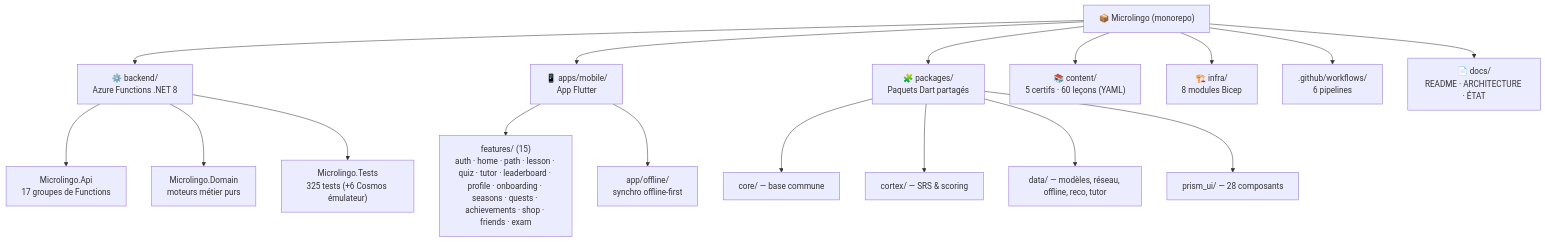
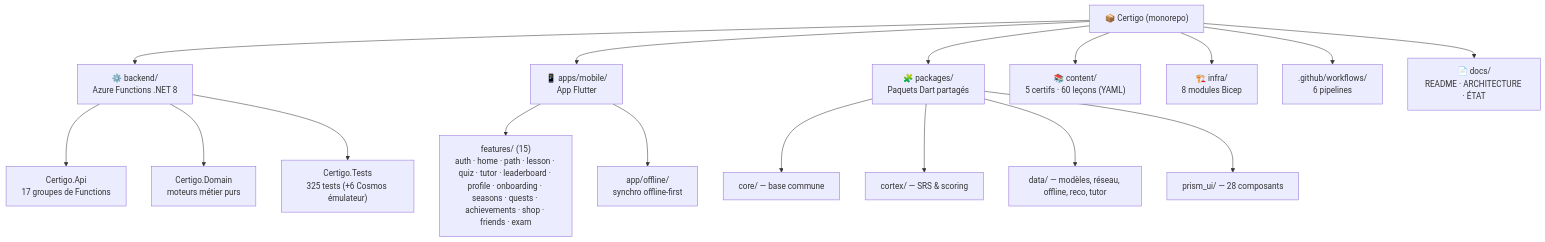
One commit to gaby27072001/certigo changed the first of 5 diagrams in docs/ETAT_DU_PROJET.md. Above: the diagram before and after it, drawn with Mermaid. The commit also changed other lines of this file and 357 other files, not shown here.

Commit message:
Rename Microlingo to Certigo across the repository

````diff
--- a/docs/ETAT_DU_PROJET.md
+++ b/docs/ETAT_DU_PROJET.md
@@ -60,24 +60,24 @@
 ```mermaid
 graph TD
-    ROOT["📦 Microlingo (monorepo)"]
+    ROOT["📦 Certigo (monorepo)"]
 
     ROOT --> BE["⚙️ backend/<br/>Azure Functions .NET 8"]
     ROOT --> APP["📱 apps/mobile/<br/>App Flutter"]
     ROOT --> PKG["🧩 packages/<br/>Paquets Dart partagés"]
     ROOT --> CNT["📚 content/<br/>5 certifs · 60 leçons (YAML)"]
     ROOT --> INF["🏗️ infra/<br/>8 modules Bicep"]
     ROOT --> CI[".github/workflows/<br/>6 pipelines"]
     ROOT --> DOC["📄 docs/<br/>README · ARCHITECTURE · ÉTAT"]
 
-    BE --> API["Microlingo.Api<br/>17 groupes de Functions"]
-    BE --> DOM["Microlingo.Domain<br/>moteurs métier purs"]
-    BE --> TST["Microlingo.Tests<br/>325 tests (+6 Cosmos émulateur)"]
+    BE --> API["Certigo.Api<br/>17 groupes de Functions"]
+    BE --> DOM["Certigo.Domain<br/>moteurs métier purs"]
+    BE --> TST["Certigo.Tests<br/>325 tests (+6 Cosmos émulateur)"]
 
     PKG --> CORE["core/ — base commune"]
     PKG --> CORTEX["cortex/ — SRS & scoring"]
     PKG --> DATA["data/ — modèles, réseau, offline, reco, tutor"]
     PKG --> PRISM["prism_ui/ — 28 composants"]
 
     APP --> FEAT["features/ (15)<br/>auth · home · path · lesson · quiz · tutor · leaderboard · profile · onboarding · seasons · quests · achievements · shop · friends · exam"]
     APP --> OFF["app/offline/<br/>synchro offline-first"]
 ```
````
